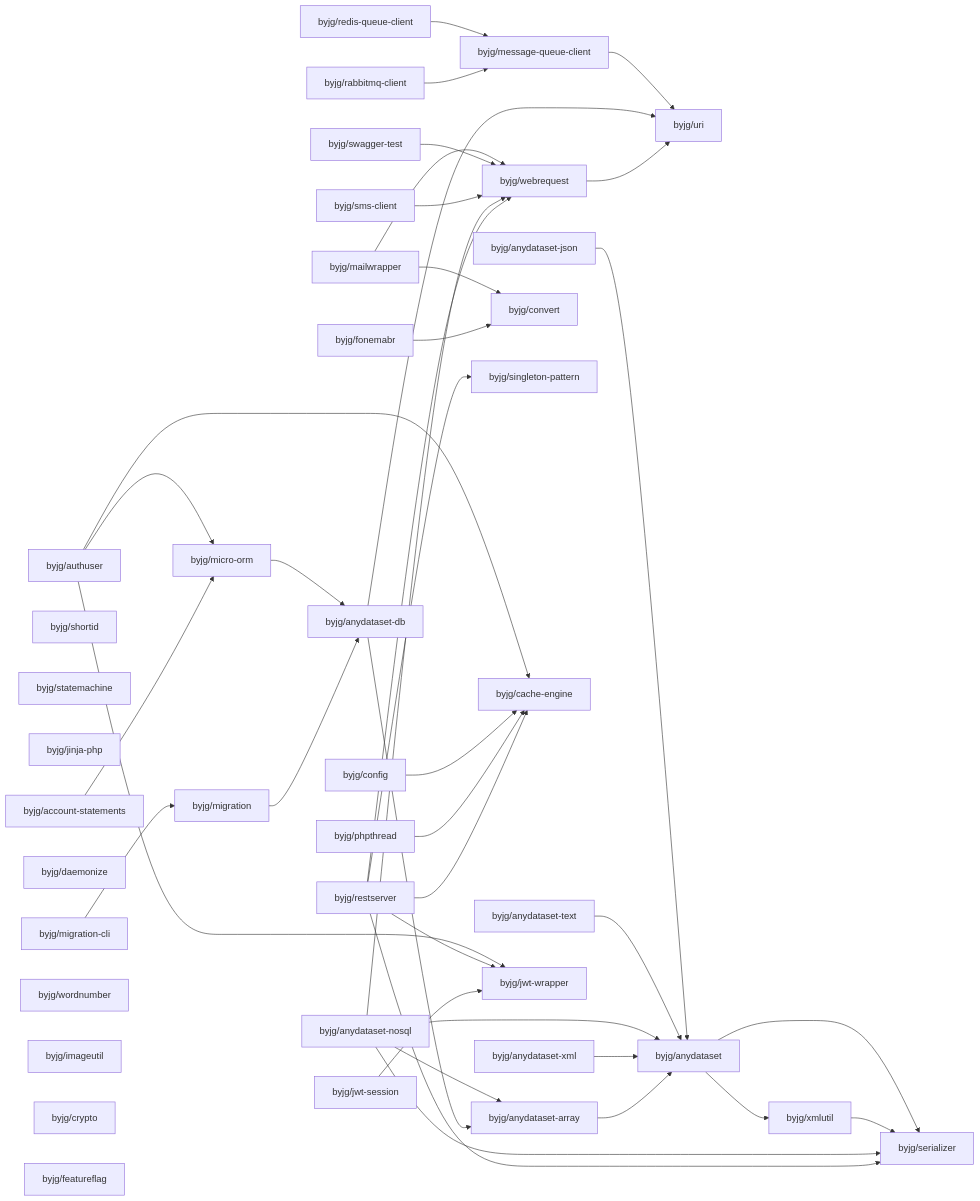
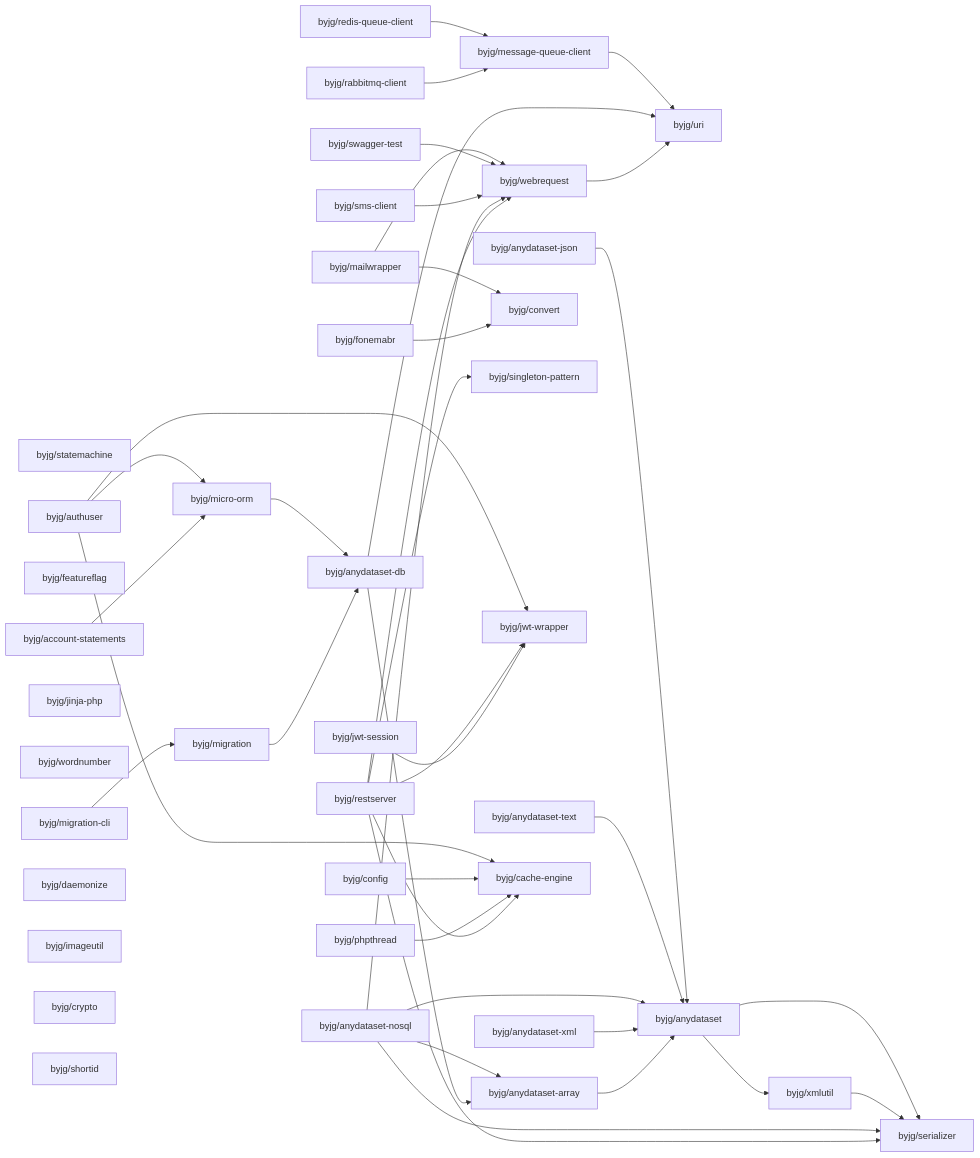
The diagram in docs/php/README.md (byjg/byjg.github.io), drawn with Mermaid before and after one commit. The commit also changed other lines of this file and 1 other file, not shown here.

Commit message:
Update documentation 'php' 'php-restserver'

````diff
--- a/docs/php/README.md
+++ b/docs/php/README.md
@@ -3,79 +3,79 @@
 ```mermaid
 graph LR;
+  byjg/statemachine;
+  byjg/account-statements;
+  byjg/featureflag;
+  byjg/mailwrapper;
+  byjg/jwt-session;
   byjg/migration-cli;
-  byjg/jwt-session;
+  byjg/jinja-php;
+  byjg/wordnumber;
+  byjg/anydataset-nosql;
+  byjg/anydataset-json;
+  byjg/anydataset-xml;
+  byjg/rabbitmq-client;
+  byjg/redis-queue-client;
+  byjg/fonemabr;
+  byjg/phpthread;
+  byjg/authuser;
+  byjg/restserver;
+  byjg/anydataset-text;
+  byjg/sms-client;
   byjg/swagger-test;
+  byjg/daemonize;
+  byjg/imageutil;
   byjg/config;
-  byjg/redis-queue-client;
-  byjg/anydataset-nosql;
+  byjg/crypto;
   byjg/shortid;
-  byjg/anydataset-xml;
-  byjg/sms-client;
-  byjg/mailwrapper;
-  byjg/statemachine;
-  byjg/jinja-php;
-  byjg/account-statements;
-  byjg/rabbitmq-client;
-  byjg/daemonize;
-  byjg/authuser;
-  byjg/phpthread;
-  byjg/fonemabr;
-  byjg/wordnumber;
-  byjg/anydataset-json;
-  byjg/imageutil;
-  byjg/restserver;
-  byjg/crypto;
-  byjg/anydataset-text;
-  byjg/featureflag;
   byjg/migration;
   byjg/message-queue-client;
+  byjg/convert;
   byjg/micro-orm;
-  byjg/convert;
   byjg/singleton-pattern;
+  byjg/jwt-wrapper;
+  byjg/webrequest;
   byjg/cache-engine;
-  byjg/webrequest;
-  byjg/jwt-wrapper;
   byjg/anydataset-db;
   byjg/anydataset-array;
   byjg/uri;
   byjg/anydataset;
   byjg/xmlutil;
   byjg/serializer;
   byjg/account-statements --> byjg/micro-orm;
   byjg/fonemabr --> byjg/convert;
   byjg/webrequest --> byjg/uri;
   byjg/anydataset-array --> byjg/anydataset;
   byjg/anydataset-xml --> byjg/anydataset;
   byjg/rabbitmq-client --> byjg/message-queue-client;
   byjg/redis-queue-client --> byjg/message-queue-client;
   byjg/jwt-session --> byjg/jwt-wrapper;
   byjg/anydataset-db --> byjg/anydataset-array;
   byjg/anydataset-db --> byjg/uri;
   byjg/restserver --> byjg/serializer;
   byjg/restserver --> byjg/singleton-pattern;
   byjg/restserver --> byjg/cache-engine;
   byjg/restserver --> byjg/webrequest;
   byjg/restserver --> byjg/jwt-wrapper;
   byjg/migration --> byjg/anydataset-db;
   byjg/anydataset-nosql --> byjg/anydataset;
   byjg/anydataset-nosql --> byjg/anydataset-array;
   byjg/anydataset-nosql --> byjg/serializer;
   byjg/anydataset-nosql --> byjg/webrequest;
   byjg/phpthread --> byjg/cache-engine;
   byjg/sms-client --> byjg/webrequest;
   byjg/swagger-test --> byjg/webrequest;
   byjg/migration-cli --> byjg/migration;
   byjg/config --> byjg/cache-engine;
   byjg/anydataset-text --> byjg/anydataset;
   byjg/micro-orm --> byjg/anydataset-db;
   byjg/authuser --> byjg/micro-orm;
   byjg/authuser --> byjg/cache-engine;
   byjg/authuser --> byjg/jwt-wrapper;
   byjg/anydataset-json --> byjg/anydataset;
   byjg/mailwrapper --> byjg/convert;
   byjg/mailwrapper --> byjg/webrequest;
   byjg/xmlutil --> byjg/serializer;
   byjg/anydataset --> byjg/serializer;
   byjg/anydataset --> byjg/xmlutil;
   byjg/message-queue-client --> byjg/uri;
 ```
````
